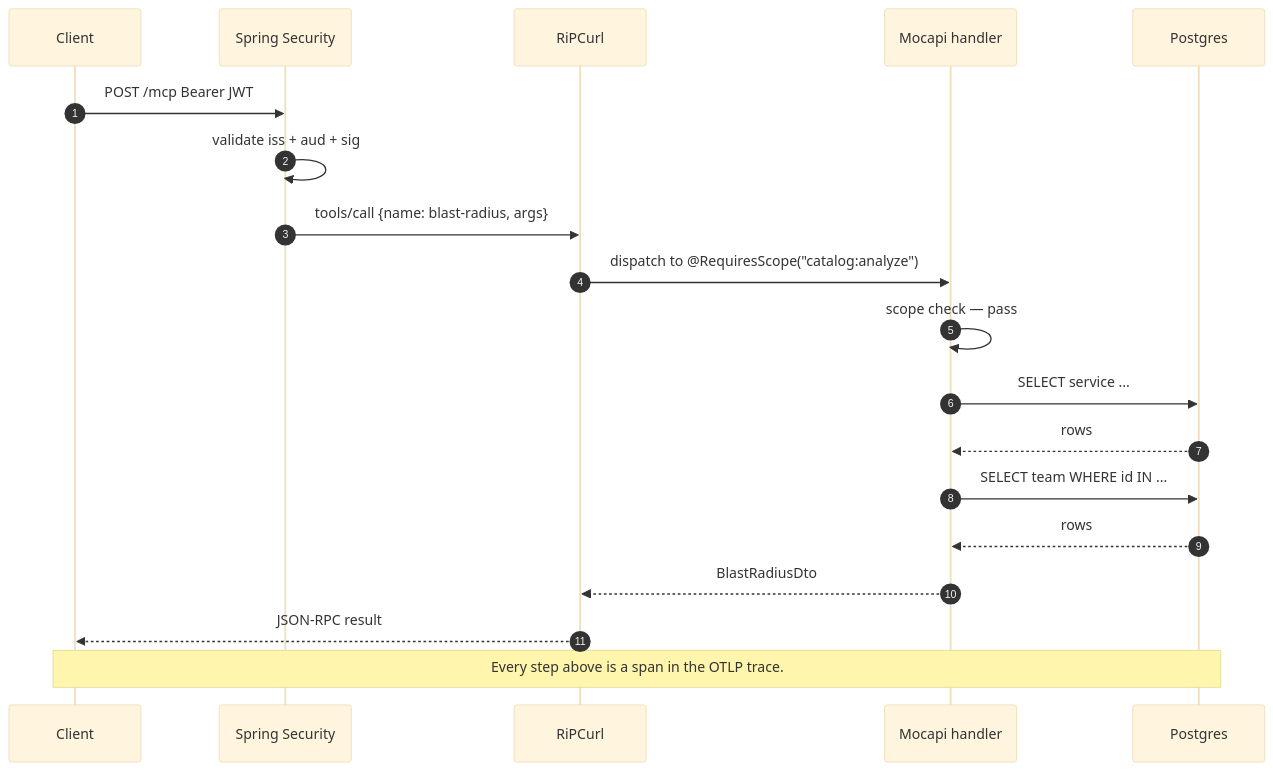
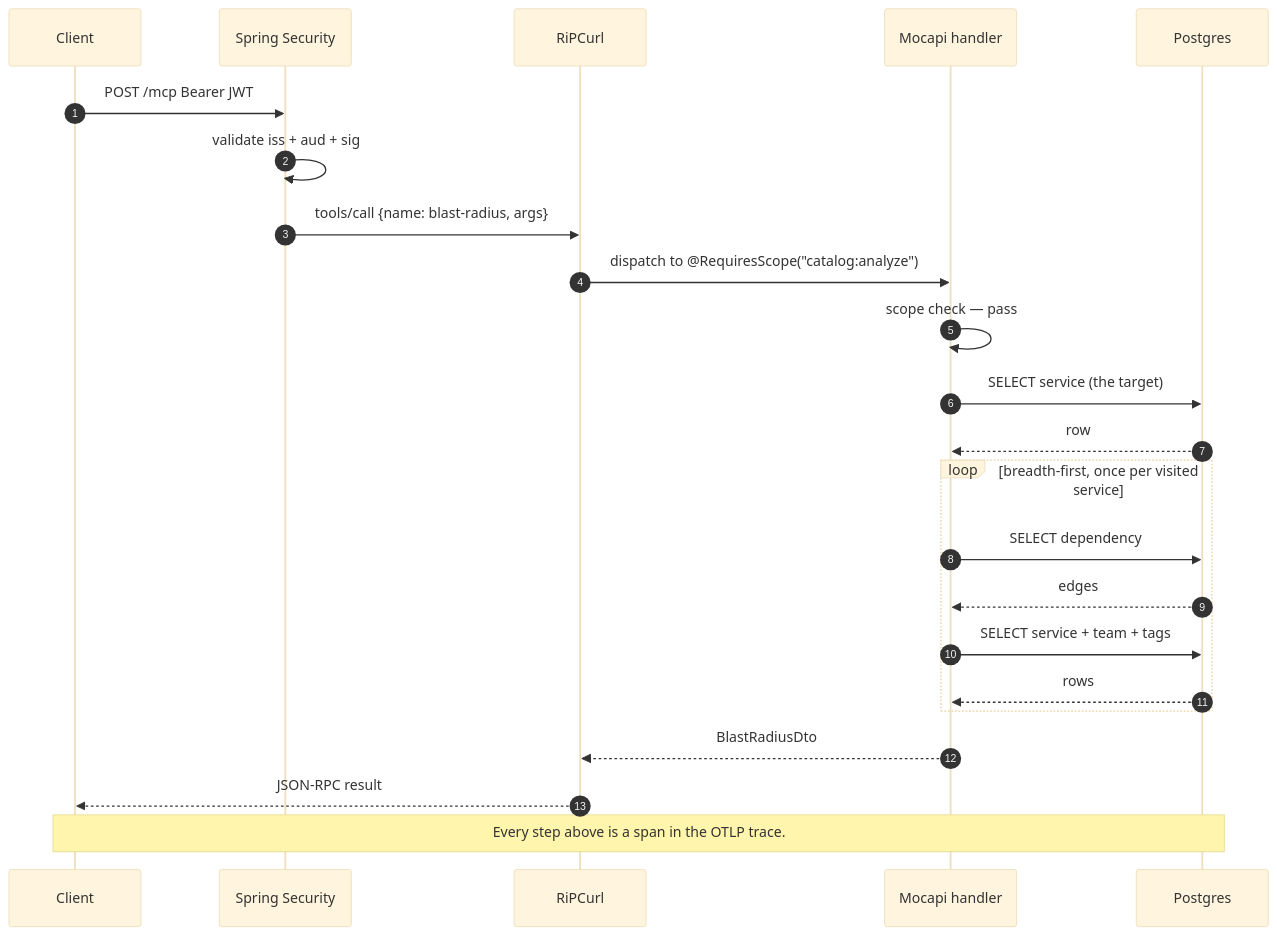
Before and after one commit to callibrity/mocapi-enterprise-demo: the second of 2 diagrams in README.md, drawn with Mermaid (base theme). The commit also changed other lines of this file and 4 other files, not shown here.

````diff
--- a/README.md
+++ b/README.md
@@ -323,21 +324,25 @@
 ```mermaid
 sequenceDiagram
   autonumber
   participant C as Client
   participant S as Spring Security
   participant R as RiPCurl
   participant M as Mocapi handler
   participant DB as Postgres
   C->>S: POST /mcp  Bearer JWT
   S->>S: validate iss + aud + sig
   S->>R: tools/call {name: blast-radius, args}
   R->>M: dispatch to @RequiresScope("catalog:analyze")
   M->>M: scope check — pass
-  M->>DB: SELECT service ...
-  DB-->>M: rows
-  M->>DB: SELECT team WHERE id IN ...
-  DB-->>M: rows
+  M->>DB: SELECT service (the target)
+  DB-->>M: row
+  loop breadth-first, once per visited service
+    M->>DB: SELECT dependency
+    DB-->>M: edges
+    M->>DB: SELECT service + team + tags
+    DB-->>M: rows
+  end
   M-->>R: BlastRadiusDto
   R-->>C: JSON-RPC result
   Note over C,DB: Every step above is a span in the OTLP trace.
 ```
````
